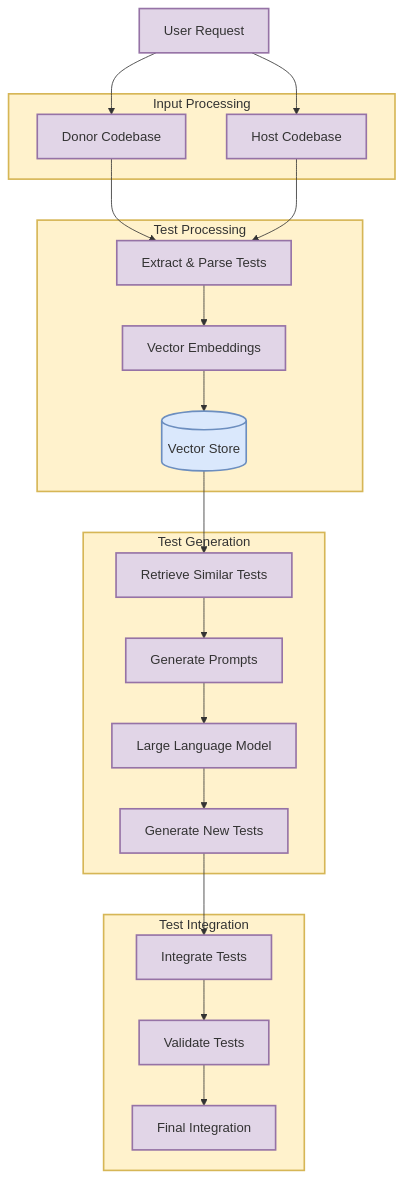
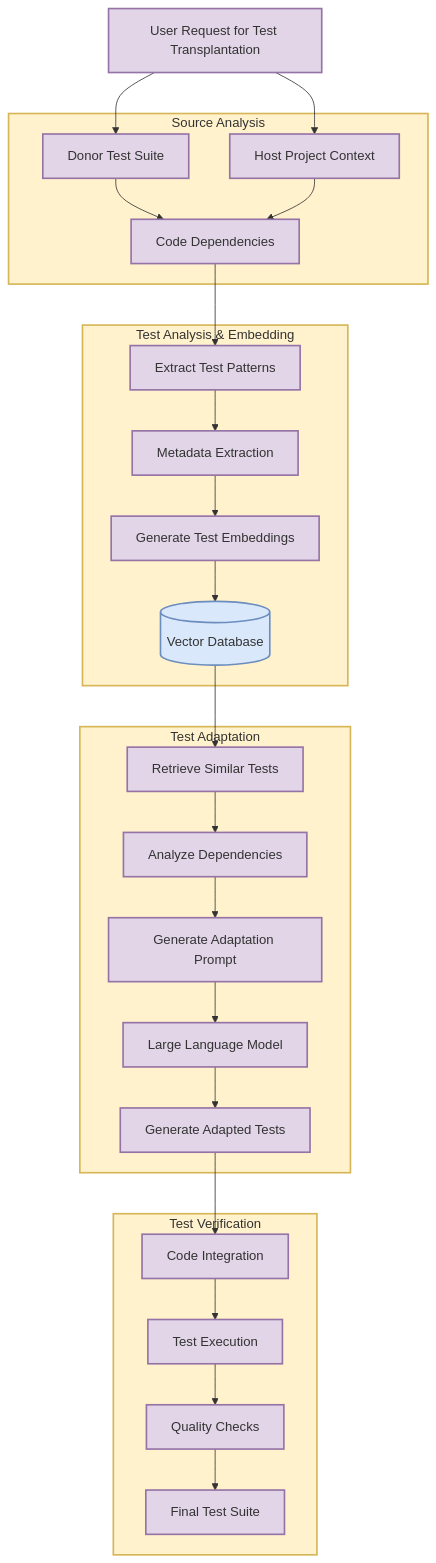
One commit to danielphan-dp/test-transplantation changed the second of 2 diagrams in __internal__/planning/RAG.md. Above: the diagram before and after it, drawn with Mermaid. The commit also changed other lines of this file and 13 other files, not shown here.

````diff
--- a/__internal__/planning/RAG.md
+++ b/__internal__/planning/RAG.md
@@ -5,49 +21,57 @@
 ```mermaid
 graph TD
     classDef process fill:#e1d5e7,stroke:#9673a6,stroke-width:2px
     classDef database fill:#dae8fc,stroke:#6c8ebf,stroke-width:2px
     classDef subgraph_style fill:#fff2cc,stroke:#d6b656,stroke-width:2px
 
-    U[User Request]:::process
+    U[User Request for Test Transplantation]:::process
 
-    subgraph Input[Input Processing]
-        D[Donor Codebase]:::process
-        H[Host Codebase]:::process
+    subgraph Input[Source Analysis]
+        D[Donor Test Suite]:::process
+        H[Host Project Context]:::process
+        C[Code Dependencies]:::process
     end
 
-    subgraph Processing[Test Processing]
-        E[Extract & Parse Tests]:::process
-        V[Vector Embeddings]:::process
-        DB[(Vector Store)]:::database
+    subgraph Processing[Test Analysis & Embedding]
+        E[Extract Test Patterns]:::process
+        M[Metadata Extraction]:::process
+        V[Generate Test Embeddings]:::process
+        DB[(Vector Database)]:::database
     end
 
-    subgraph Generation[Test Generation]
+    subgraph Generation[Test Adaptation]
         R[Retrieve Similar Tests]:::process
-        P[Generate Prompts]:::process
+        A[Analyze Dependencies]:::process
+        P[Generate Adaptation Prompt]:::process
         LLM[Large Language Model]:::process
-        G[Generate New Tests]:::process
+        G[Generate Adapted Tests]:::process
     end
 
-    subgraph Validation[Test Integration]
-        I[Integrate Tests]:::process
-        T[Validate Tests]:::process
-        F[Final Integration]:::process
+    subgraph Validation[Test Verification]
+        I[Code Integration]:::process
+        T[Test Execution]:::process
+        Q[Quality Checks]:::process
+        F[Final Test Suite]:::process
     end
 
     U --> D & H
-    D & H --> E
-    E --> V
+    D & H --> C
+    C --> E
+    E --> M
+    M --> V
     V --> DB
     DB --> R
-    R --> P
+    R --> A
+    A --> P
     P --> LLM
     LLM --> G
     G --> I
     I --> T
-    T --> F
+    T --> Q
+    Q --> F
 
     style Input fill:#fff2cc,stroke:#d6b656,stroke-width:2px
     style Processing fill:#fff2cc,stroke:#d6b656,stroke-width:2px
     style Generation fill:#fff2cc,stroke:#d6b656,stroke-width:2px
     style Validation fill:#fff2cc,stroke:#d6b656,stroke-width:2px
 ```
````
